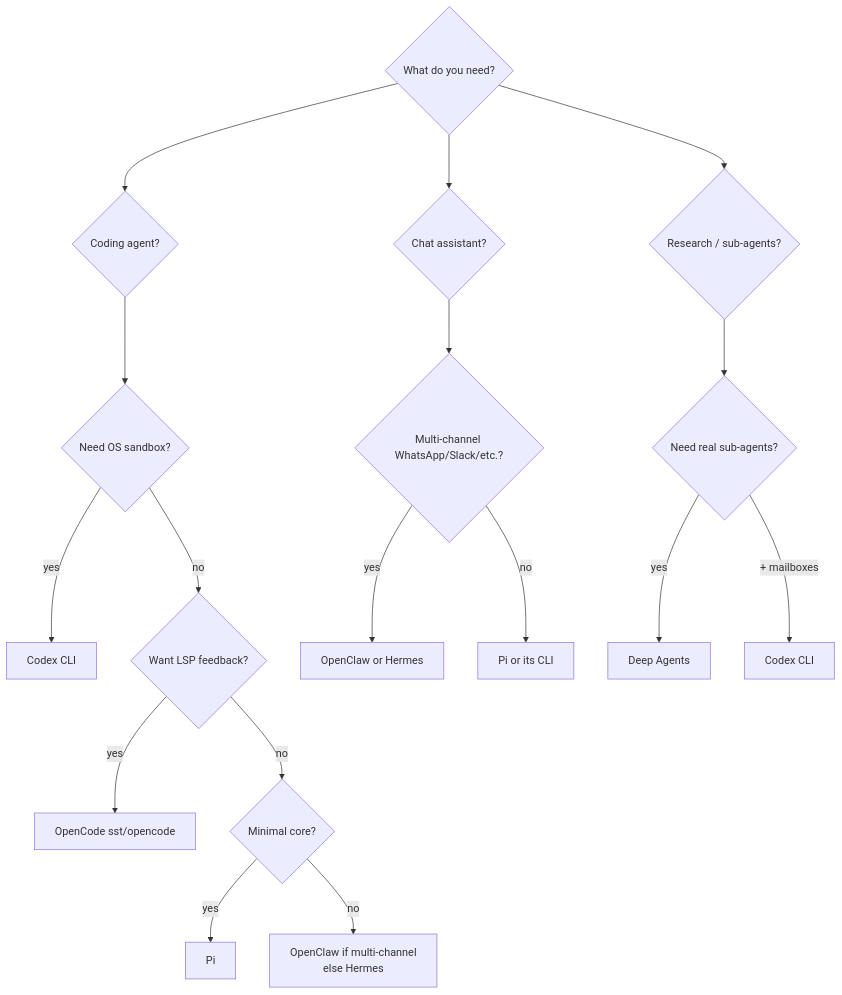
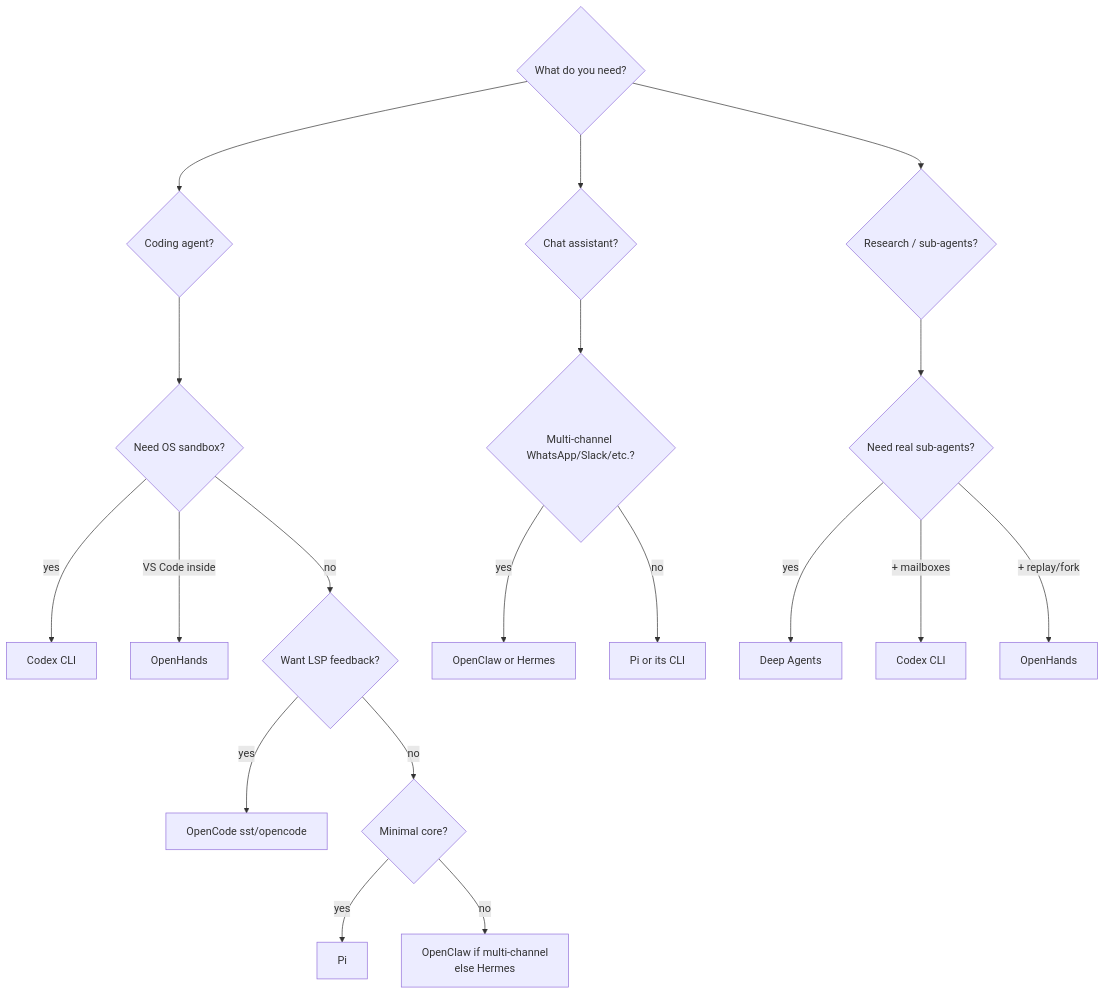
Before and after one commit to humanjack/ai-engineering: the first of 2 diagrams in docs/agents/comparison.md, drawn with Mermaid. The commit also changed other lines of this file and 15 other files, not shown here.

First line of the commit message:
docs(agents): add OpenHands educational deep-dive

````diff
--- a/docs/agents/comparison.md
+++ b/docs/agents/comparison.md
@@ -45,24 +46,26 @@
 ```mermaid
 flowchart TD
     Start{What do you need?}
 
     Start --> Code{Coding agent?}
     Start --> Chat{Chat assistant?}
     Start --> Research{Research / sub-agents?}
 
     Code --> Strong{Need OS sandbox?}
     Strong -- yes --> Codex[Codex CLI]
+    Strong -- "VS Code inside" --> OpenHands[OpenHands]
     Strong -- no --> LSP{Want LSP feedback?}
     LSP -- yes --> OpenCode[OpenCode sst/opencode]
     LSP -- no --> Min{Minimal core?}
     Min -- yes --> Pi[Pi]
     Min -- no --> OpenClaw[OpenClaw if multi-channel<br/>else Hermes]
 
     Chat --> Channels{Multi-channel WhatsApp/Slack/etc.?}
     Channels -- yes --> OpenClaw2[OpenClaw or Hermes]
     Channels -- no --> Pi2[Pi or its CLI]
 
     Research --> Sub{Need real sub-agents?}
     Sub -- yes --> DA[Deep Agents]
     Sub -- "+ mailboxes" --> Codex2[Codex CLI]
+    Sub -- "+ replay/fork" --> OpenHands2[OpenHands]
 ```
````
